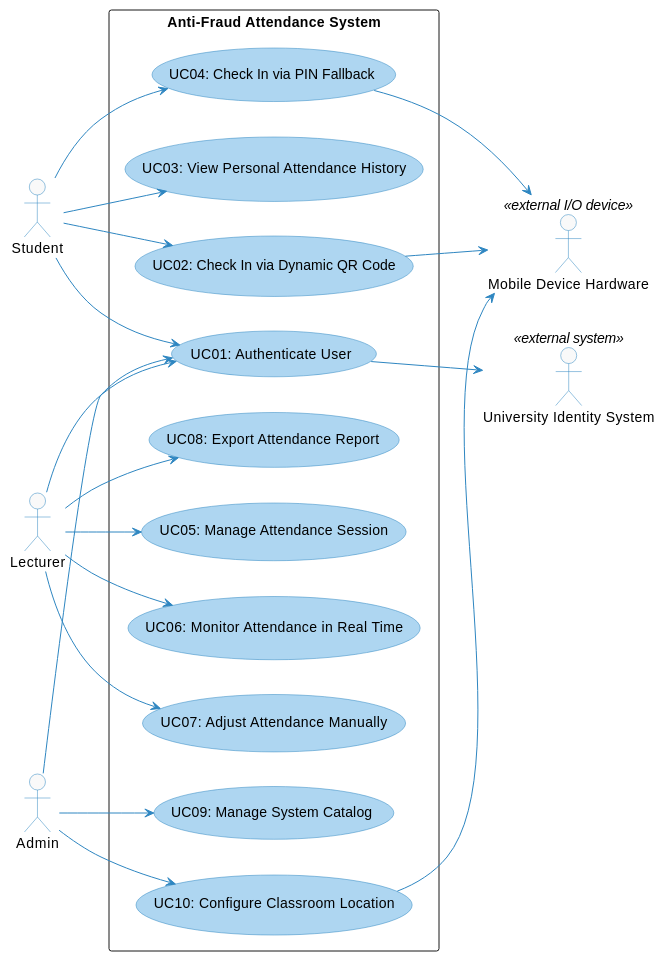
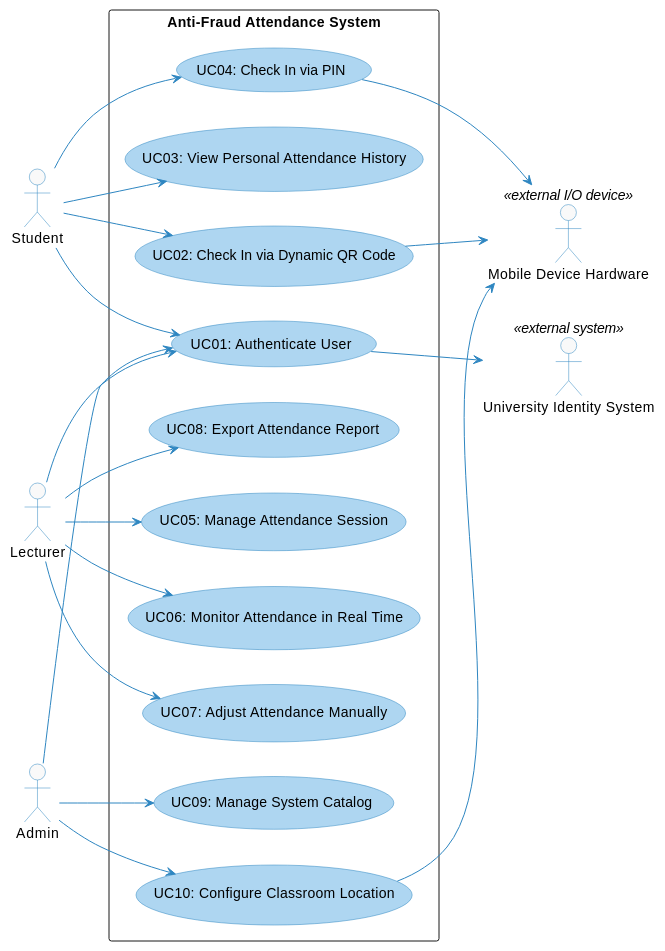
Before and after one commit to nttung42/SWD392: the second of 6 diagrams in docs/rds/1_Requirement.md, drawn with PlantUML. The commit also changed other lines of this file and 18 other files, not shown here.

````diff
--- a/docs/rds/1_Requirement.md
+++ b/docs/rds/1_Requirement.md
@@ -160,50 +160,50 @@
 ```plantuml
 @startuml Overview_Use_Case_Diagram
 left to right direction
 skinparam ActorBackgroundColor #F9F9F9
 skinparam ActorBorderColor #2E86C1
 skinparam UseCaseBackgroundColor #AED6F1
 skinparam UseCaseBorderColor #2E86C1
 skinparam ArrowColor #2E86C1
 
 actor Student
 actor Lecturer
 actor Admin
 actor "University Identity System" as UIS <<external system>>
 actor "Mobile Device Hardware" as MDH <<external I/O device>>
 
 rectangle "Anti-Fraud Attendance System" as AFAS {
     usecase "UC01: Authenticate User" as UC01
     usecase "UC02: Check In via Dynamic QR Code" as UC02
     usecase "UC03: View Personal Attendance History" as UC03
-    usecase "UC04: Check In via PIN Fallback" as UC04
+    usecase "UC04: Check In via PIN" as UC04
     usecase "UC05: Manage Attendance Session" as UC05
     usecase "UC06: Monitor Attendance in Real Time" as UC06
     usecase "UC07: Adjust Attendance Manually" as UC07
     usecase "UC08: Export Attendance Report" as UC08
     usecase "UC09: Manage System Catalog" as UC09
     usecase "UC10: Configure Classroom Location" as UC10
 }
 
 Student --> UC01
 Student --> UC02
 Student --> UC03
 Student --> UC04
 
 Lecturer --> UC01
 Lecturer --> UC05
 Lecturer --> UC06
 Lecturer --> UC07
 Lecturer --> UC08
 
 Admin --> UC01
 Admin --> UC09
 Admin --> UC10
 
 UC01 --> UIS
 UC02 --> MDH
 UC04 --> MDH
 UC10 --> MDH
 
 @enduml
 ```
````
